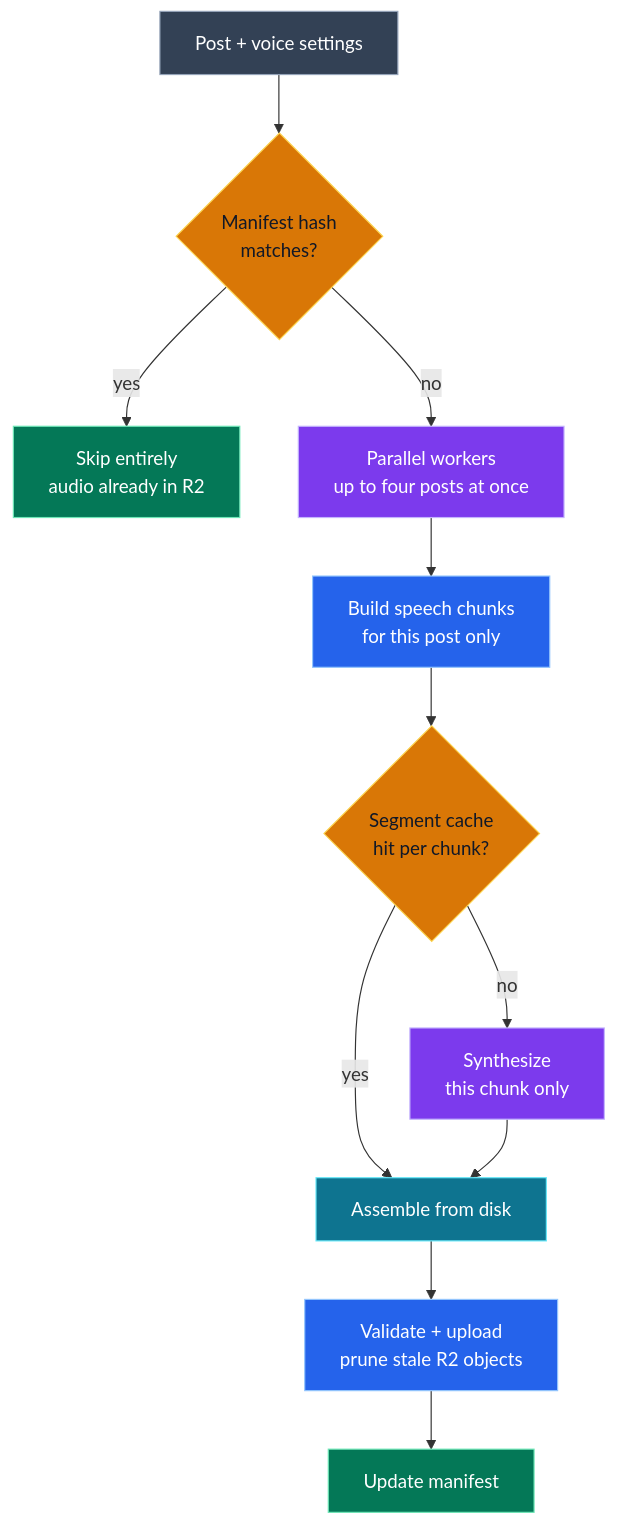
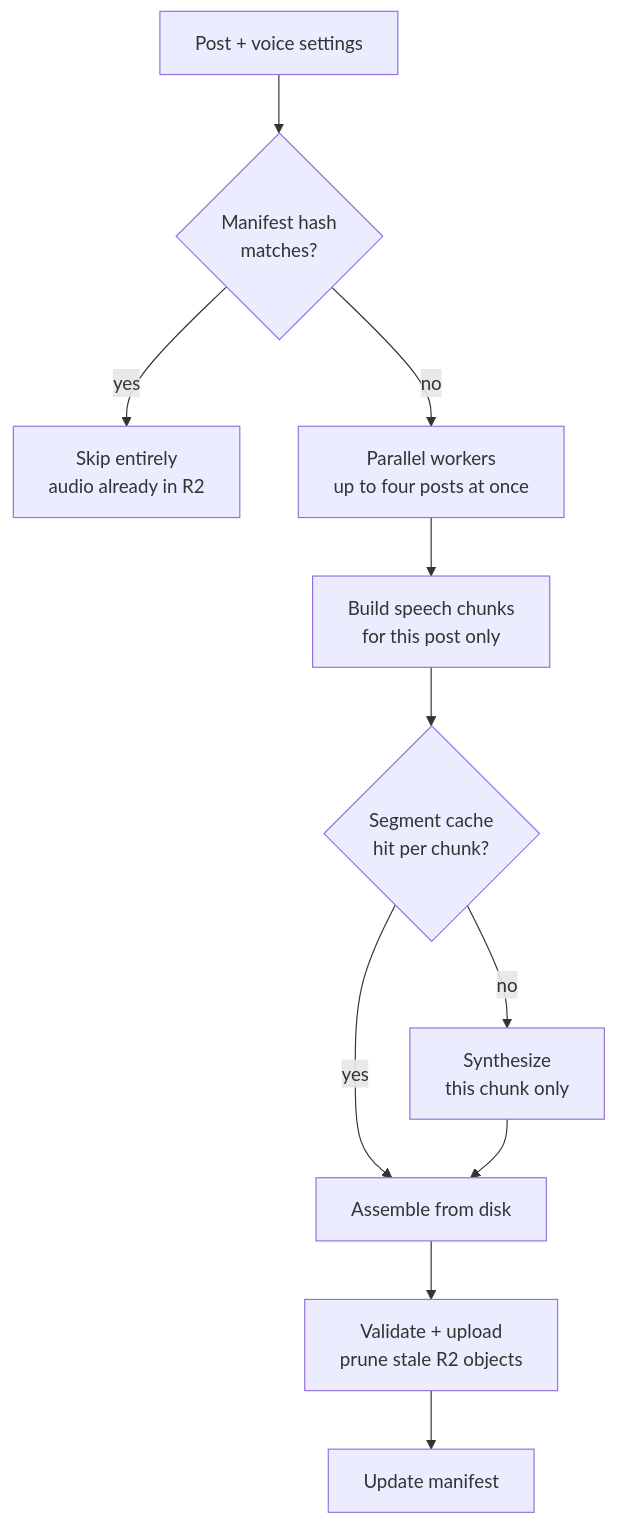
One commit to g-savitha/gsavitha.in changed the seventh of 7 diagrams in src/content/blog/blog-audio-player.md. Above: the diagram before and after it, drawn with Mermaid. The commit also changed other lines of this file and 5 other files, not shown here.

Commit message:
Mermaid: move every post colour into one PALETTE; posts use named classes only

````diff
--- a/src/content/blog/blog-audio-player.md
+++ b/src/content/blog/blog-audio-player.md
@@ -433,20 +395,13 @@
 ```mermaid
 flowchart TD
     POST["Post + voice settings"]:::content --> M{"Manifest hash\nmatches?"}:::decision
-    M -->|"yes"| SKIP["Skip entirely\naudio already in R2"]:::success
-    M -->|"no"| WORKERS["Parallel workers\nup to four posts at once"]:::accent
-    WORKERS --> CHUNKS["Build speech chunks\nfor this post only"]:::primary
+    M -->|"yes"| SKIP["Skip entirely\naudio already in R2"]:::emerald
+    M -->|"no"| WORKERS["Parallel workers\nup to four posts at once"]:::violet
+    WORKERS --> CHUNKS["Build speech chunks\nfor this post only"]:::royal
     CHUNKS --> CACHE{"Segment cache\nhit per chunk?"}:::decision
-    CACHE -->|"yes"| ASSEMBLE["Assemble from disk"]:::info
-    CACHE -->|"no"| TTS["Synthesize\nthis chunk only"]:::accent
+    CACHE -->|"yes"| ASSEMBLE["Assemble from disk"]:::teal
+    CACHE -->|"no"| TTS["Synthesize\nthis chunk only"]:::violet
     TTS --> ASSEMBLE
-    ASSEMBLE --> UPLOAD["Validate + upload\nprune stale R2 objects"]:::primary
-    UPLOAD --> MANIFEST["Update manifest"]:::success
-
-    classDef primary fill:#2563eb,stroke:#93c5fd,color:#ffffff
-    classDef accent fill:#7c3aed,stroke:#c4b5fd,color:#ffffff
-    classDef success fill:#047857,stroke:#6ee7b7,color:#ffffff
-    classDef decision fill:#d97706,stroke:#fcd34d,color:#111827
-    classDef info fill:#0e7490,stroke:#67e8f9,color:#ffffff
-    classDef content fill:#334155,stroke:#94a3b8,color:#ffffff
+    ASSEMBLE --> UPLOAD["Validate + upload\nprune stale R2 objects"]:::royal
+    UPLOAD --> MANIFEST["Update manifest"]:::emerald
 ```
````
